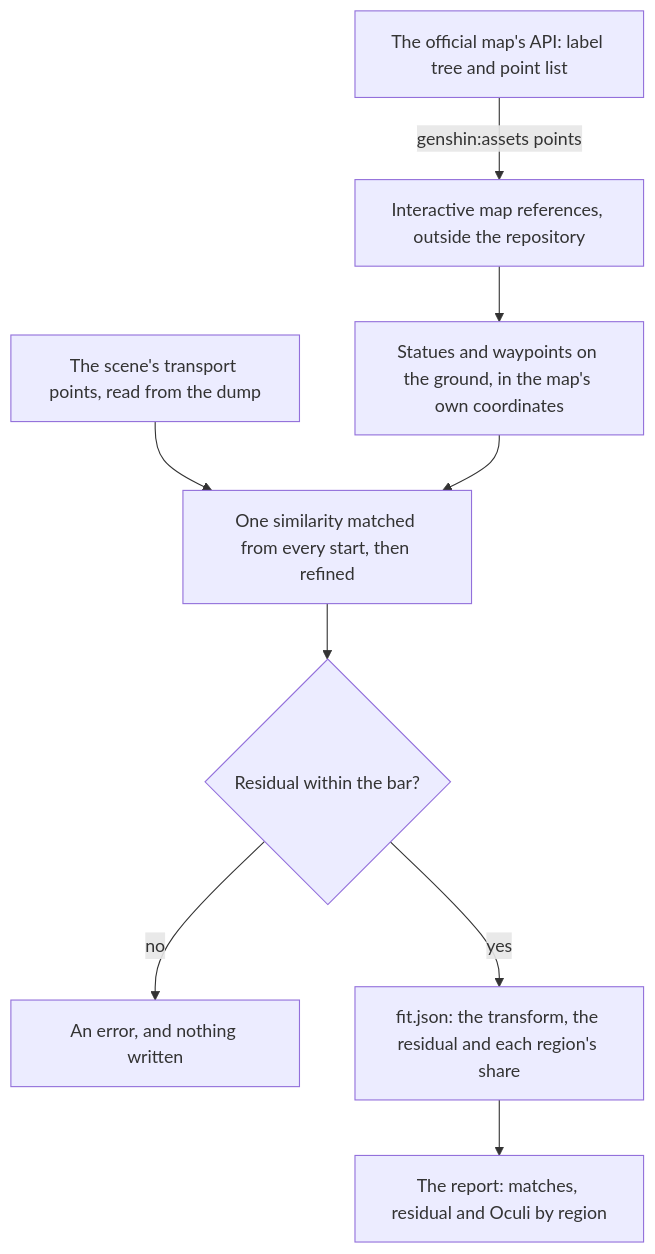
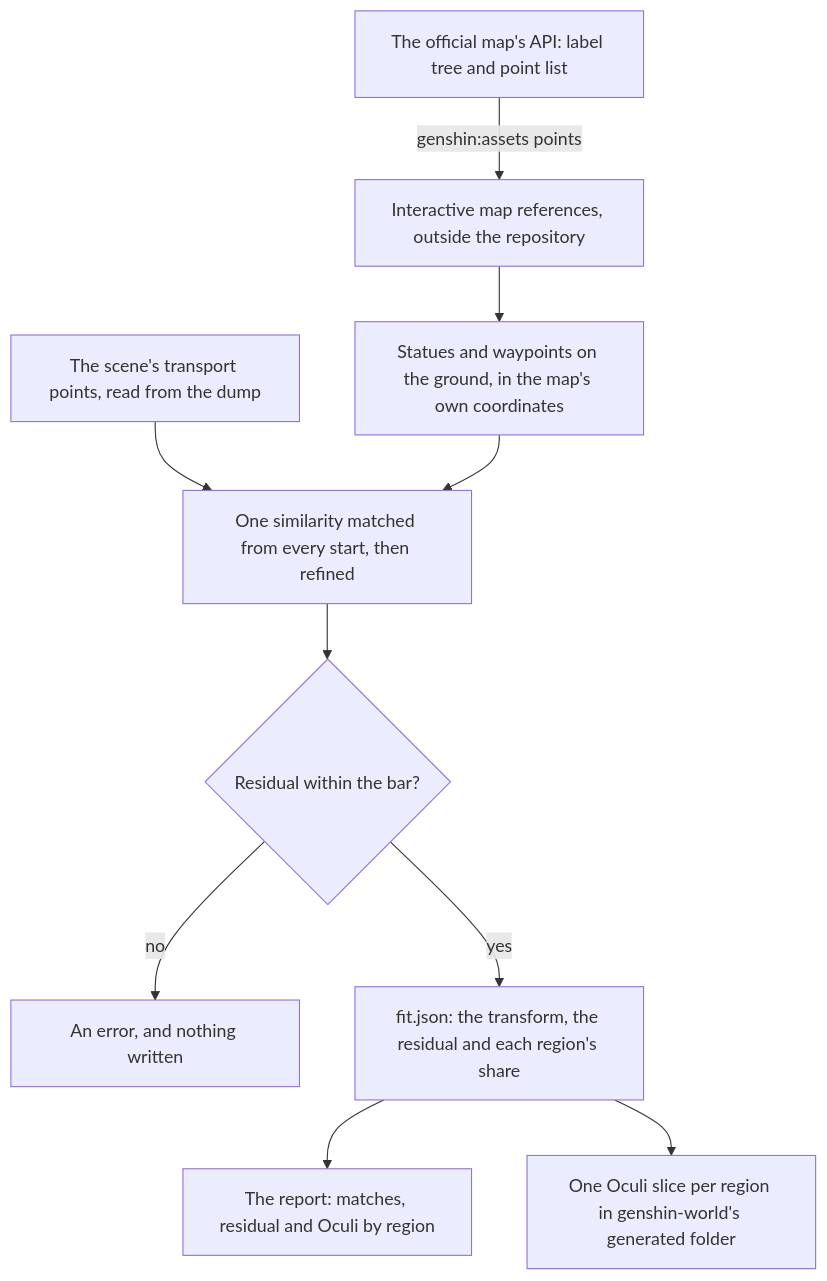
Before and after one commit to Esposter/Esposter: the diagram in apps/web/content/docs/genshin/spawned-places.md, drawn with Mermaid. The commit also changed other lines of this file and 1 other file, not shown here.

First line of the commit message:
docs(genshin): the Oculi are written into each region's slice by kind, the as-built page's Oculi section and its key files land, the proposal keeps the camps, which the map marks per enemy rather than per camp

````diff
--- a/apps/web/content/docs/genshin/spawned-places.md
+++ b/apps/web/content/docs/genshin/spawned-places.md
@@ -12,11 +12,12 @@
 ```mermaid
 flowchart TD
   API["The official map's API: label tree and point list"] -->|"genshin:assets points"| REF["Interactive map references, outside the repository"]
   REF --> ANCHORS["Statues and waypoints on the ground, in the map's own coordinates"]
   SCENE["The scene's transport points, read from the dump"] --> MATCH
   ANCHORS --> MATCH["One similarity matched from every start, then refined"]
   MATCH --> GATE{"Residual within the bar?"}
   GATE -->|"no"| STOP["An error, and nothing written"]
   GATE -->|"yes"| FILE["fit.json: the transform, the residual and each region's share"]
   FILE --> REPORT["The report: matches, residual and Oculi by region"]
+  FILE --> SLICES["One Oculi slice per region in genshin-world's generated folder"]
 ```
````
